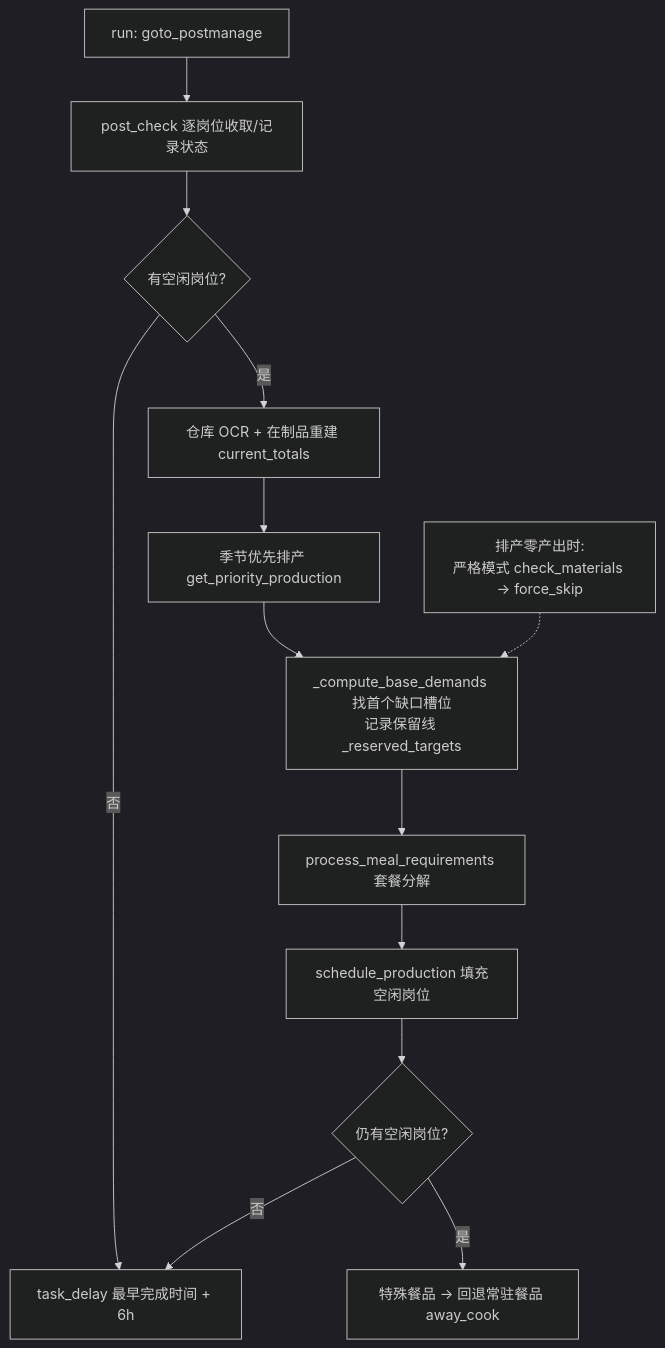
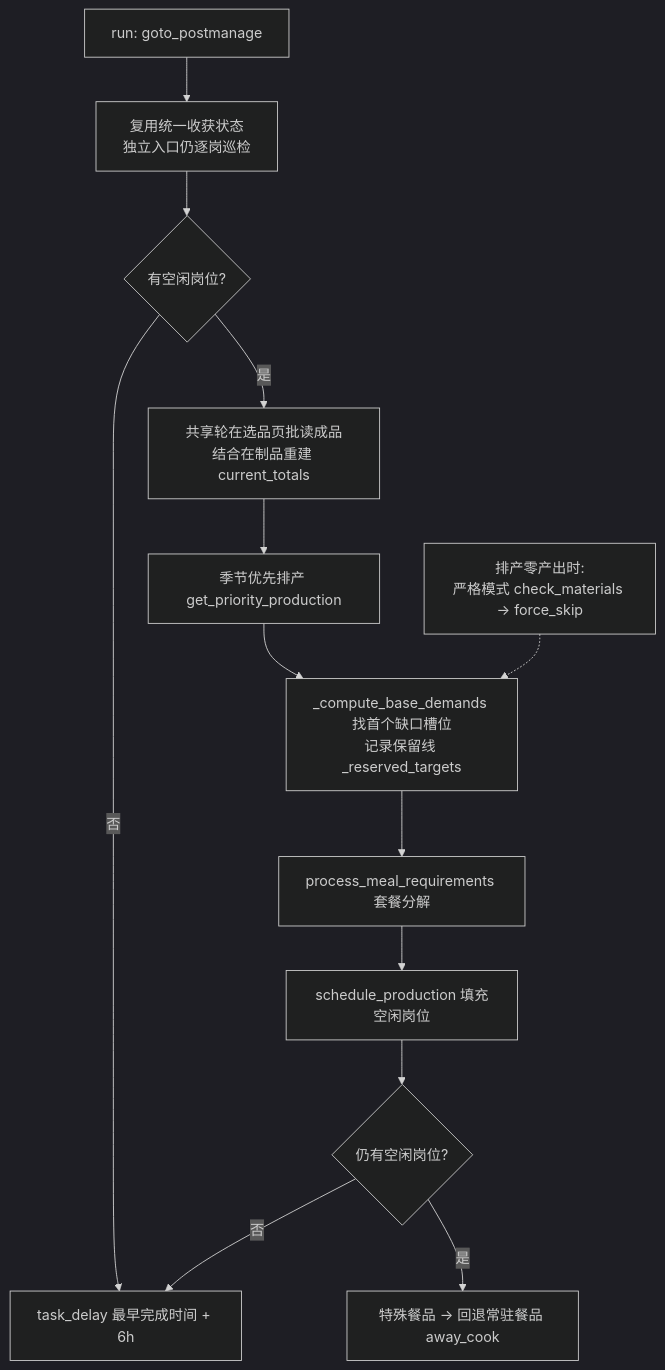
One commit to zhouyc0707-spec/AzurPilot changed the first of 2 diagrams in docs/modules/game/island.md. Above: the diagram before and after it, drawn with Mermaid (dark theme). The commit also changed other lines of this file and 17 other files, not shown here.

````diff
--- a/docs/modules/game/island.md
+++ b/docs/modules/game/island.md
@@ -200,15 +200,15 @@
 ```mermaid
 flowchart TD
-    A[run: goto_postmanage] --> B[post_check 逐岗位收取/记录状态]
+    A[run: goto_postmanage] --> B[复用统一收获状态<br>独立入口仍逐岗巡检]
     B --> C{有空闲岗位?}
     C -- 否 --> Z[task_delay 最早完成时间 + 6h]
-    C -- 是 --> D[仓库 OCR + 在制品重建 current_totals]
+    C -- 是 --> D[共享轮在选品页批读成品<br>结合在制品重建 current_totals]
     D --> E[季节优先排产 get_priority_production]
     E --> F[_compute_base_demands 找首个缺口槽位<br>记录保留线 _reserved_targets]
     F --> G[process_meal_requirements 套餐分解]
     G --> H[schedule_production 填充空闲岗位]
     H --> I{仍有空闲岗位?}
     I -- 是 --> J[特殊餐品 → 回退常驻餐品 away_cook]
     I -- 否 --> Z
     K[排产零产出时:<br>严格模式 check_materials → force_skip] -.-> F
 ```
````
